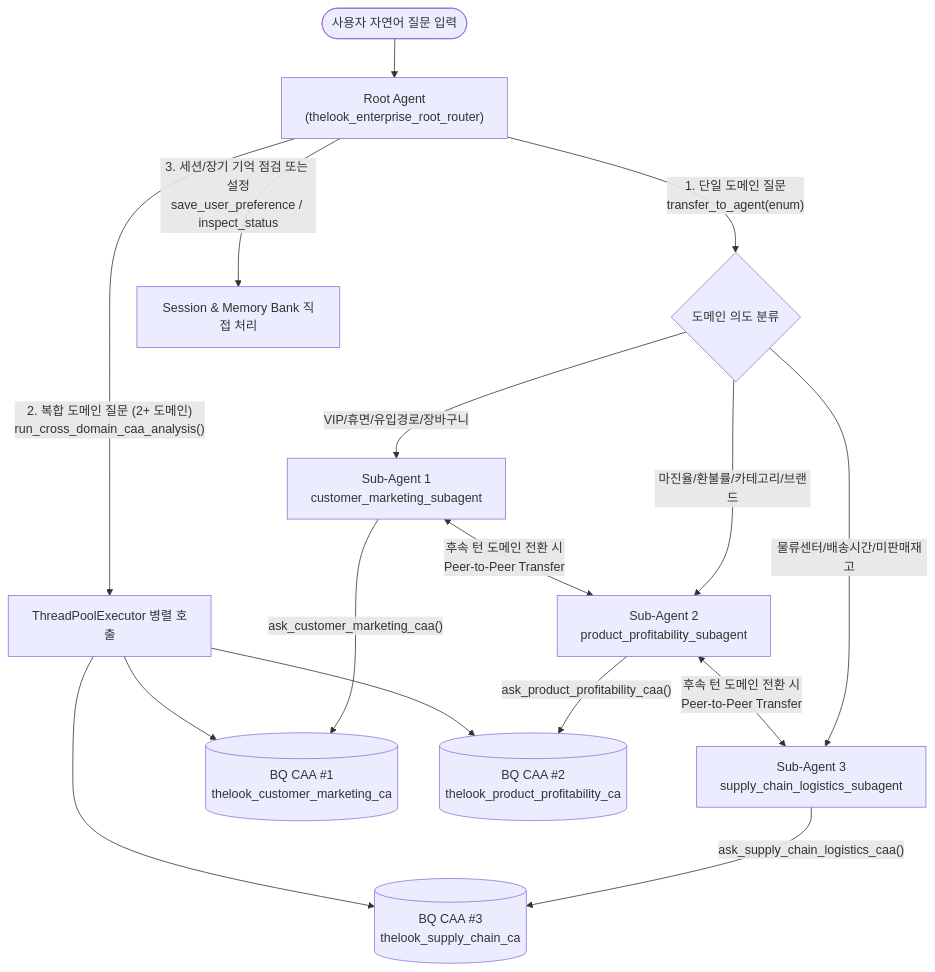
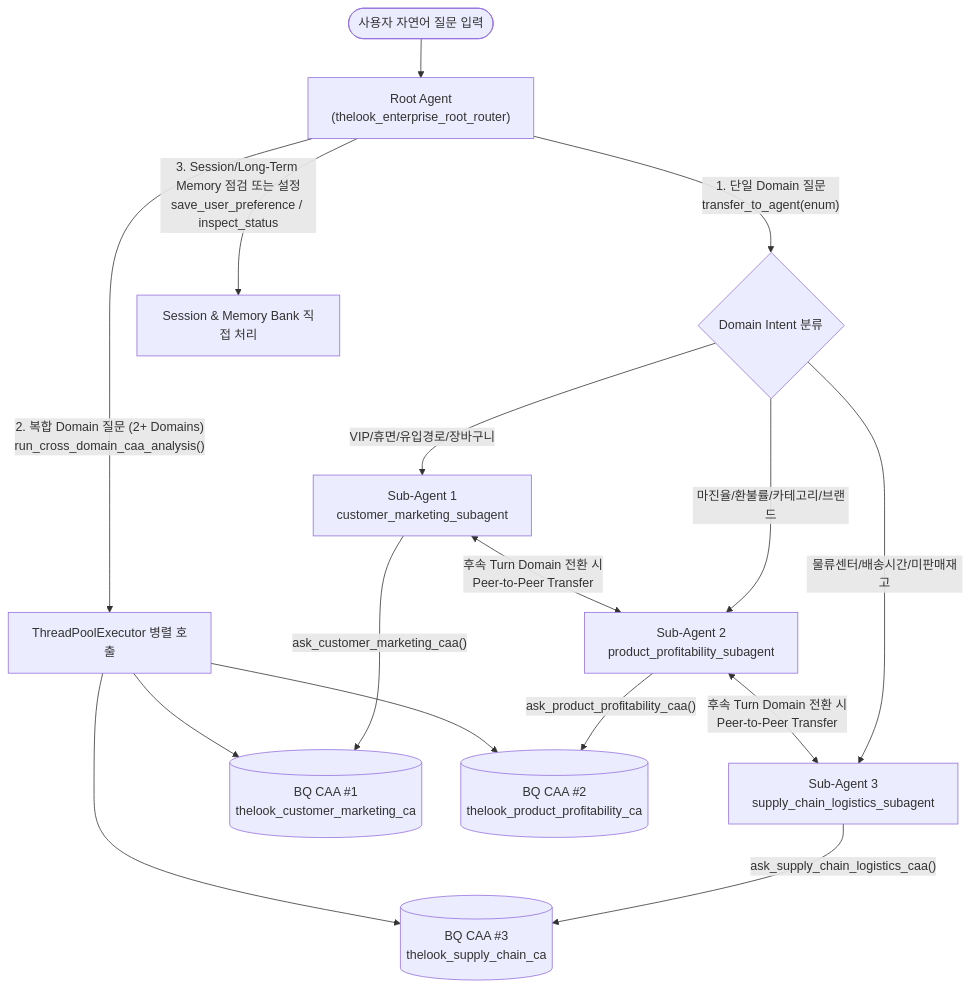
The first of 2 diagrams in docs/ARCHITECTURE_DEEP_DIVE_KO.md (rhkim77/adk_with_bq_caa_lab), drawn with Mermaid before and after one commit. The commit also changed other lines of this file and 3 other files, not shown here.

````diff
--- a/docs/ARCHITECTURE_DEEP_DIVE_KO.md
+++ b/docs/ARCHITECTURE_DEEP_DIVE_KO.md
@@ -33,23 +33,23 @@
 ```mermaid
 flowchart TB
   USER(["사용자 자연어 질문 입력"]) --> ROOT["Root Agent<br/>(thelook_enterprise_root_router)"]
 
-  ROOT -->|"1. 단일 도메인 질문<br/>transfer_to_agent(enum)"| HANDOFF{"도메인 의도 분류"}
-  ROOT -->|"2. 복합 도메인 질문 (2+ 도메인)<br/>run_cross_domain_caa_analysis()"| PARALLEL["ThreadPoolExecutor 병렬 호출"]
-  ROOT -->|"3. 세션/장기 기억 점검 또는 설정<br/>save_user_preference / inspect_status"| MEM_TOOL["Session & Memory Bank 직접 처리"]
+  ROOT -->|"1. 단일 Domain 질문<br/>transfer_to_agent(enum)"| HANDOFF{"Domain Intent 분류"}
+  ROOT -->|"2. 복합 Domain 질문 (2+ Domains)<br/>run_cross_domain_caa_analysis()"| PARALLEL["ThreadPoolExecutor 병렬 호출"]
+  ROOT -->|"3. Session/Long-Term Memory 점검 또는 설정<br/>save_user_preference / inspect_status"| MEM_TOOL["Session & Memory Bank 직접 처리"]
 
   HANDOFF -->|"VIP/휴면/유입경로/장바구니"| SUB1["Sub-Agent 1<br/>customer_marketing_subagent"]
   HANDOFF -->|"마진율/환불률/카테고리/브랜드"| SUB2["Sub-Agent 2<br/>product_profitability_subagent"]
   HANDOFF -->|"물류센터/배송시간/미판매재고"| SUB3["Sub-Agent 3<br/>supply_chain_logistics_subagent"]
 
-  SUB1 <-->|"후속 턴 도메인 전환 시<br/>Peer-to-Peer Transfer"| SUB2
-  SUB2 <-->|"후속 턴 도메인 전환 시<br/>Peer-to-Peer Transfer"| SUB3
+  SUB1 <-->|"후속 Turn Domain 전환 시<br/>Peer-to-Peer Transfer"| SUB2
+  SUB2 <-->|"후속 Turn Domain 전환 시<br/>Peer-to-Peer Transfer"| SUB3
 
   SUB1 -->|"ask_customer_marketing_caa()"| CAA1[("BQ CAA #1<br/>thelook_customer_marketing_ca")]
   SUB2 -->|"ask_product_profitability_caa()"| CAA2[("BQ CAA #2<br/>thelook_product_profitability_ca")]
   SUB3 -->|"ask_supply_chain_logistics_caa()"| CAA3[("BQ CAA #3<br/>thelook_supply_chain_ca")]
 
   PARALLEL --> CAA1
   PARALLEL --> CAA2
   PARALLEL --> CAA3
 ```
````
